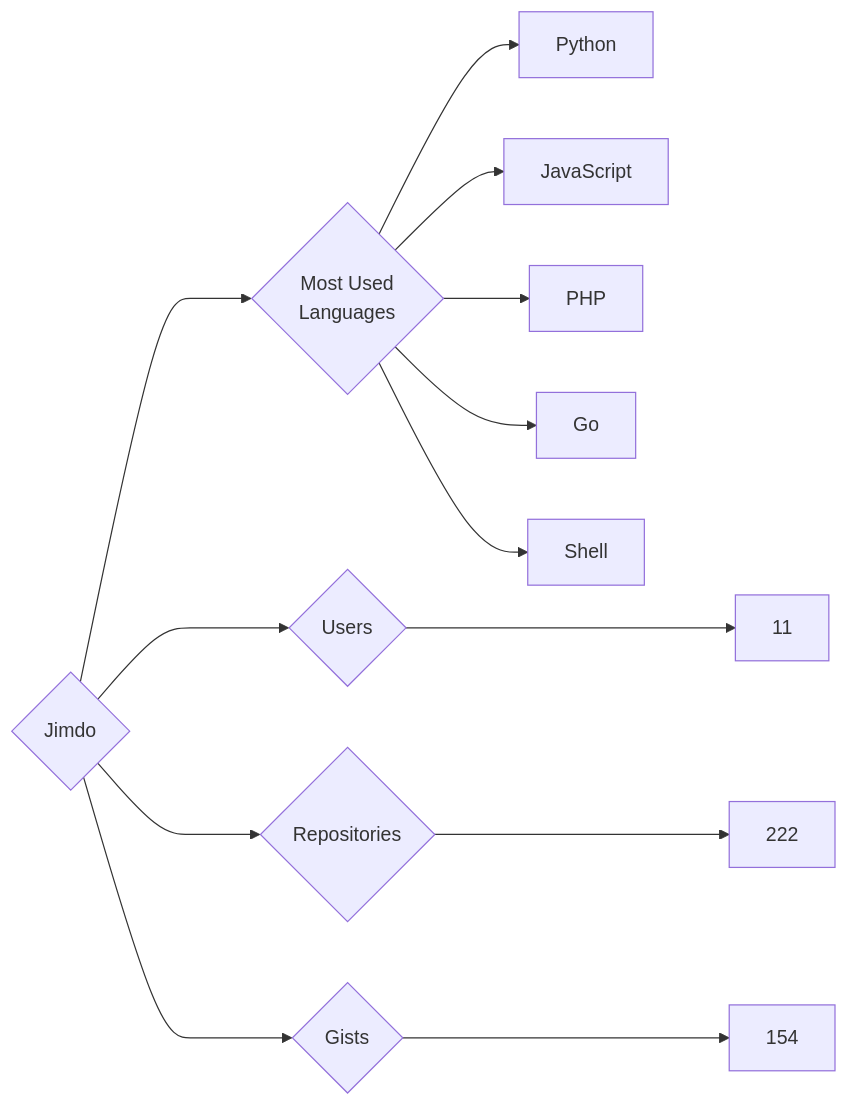
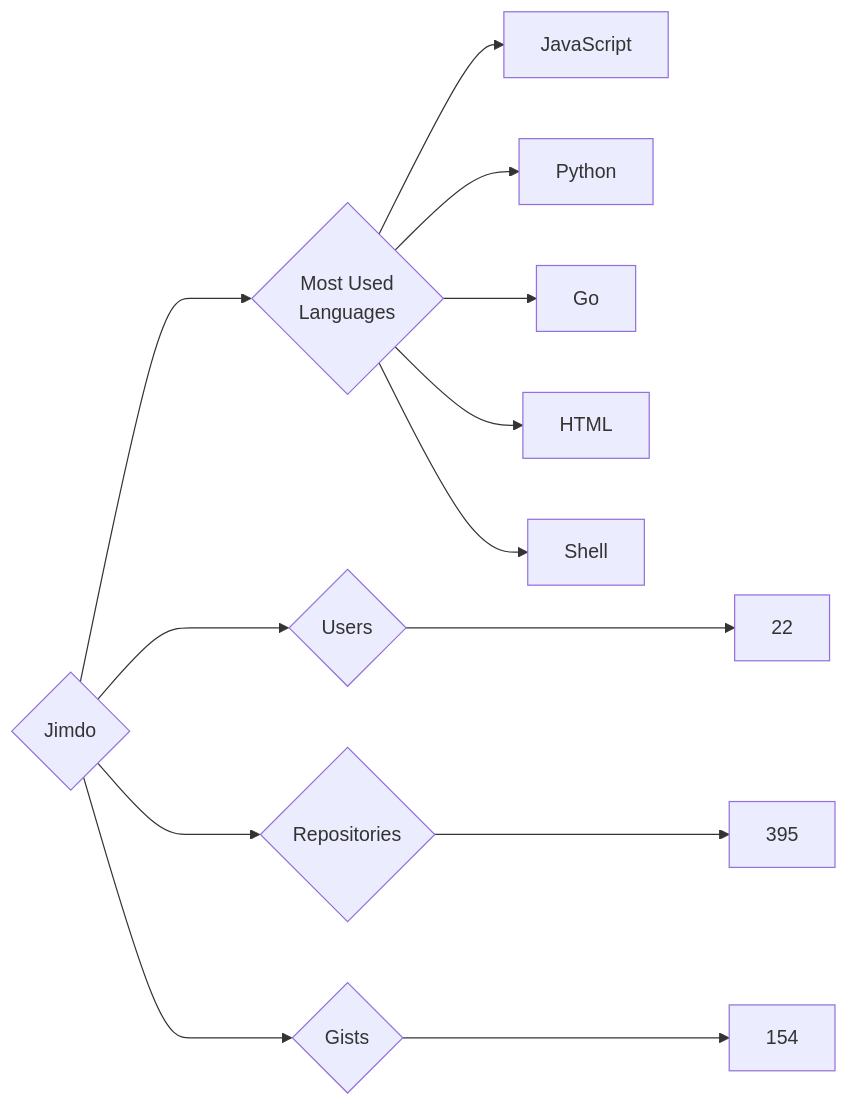
Before and after one commit to trickest/insiders: the diagram in targets/Jimdo/README.md, drawn with Mermaid. The commit also changed 682 other files, not shown here.

````diff
--- a/targets/Jimdo/README.md
+++ b/targets/Jimdo/README.md
@@ -3,13 +3,13 @@
 ```mermaid
 graph LR
 COMPANY_NAME{Jimdo}
-COMPANY_NAME ---> U{Users} ---> UN[11]
-COMPANY_NAME ---> R{Repositories} ---> RN[222]
+COMPANY_NAME ---> U{Users} ---> UN[22]
+COMPANY_NAME ---> R{Repositories} ---> RN[395]
 COMPANY_NAME ---> G{Gists} ---> GN[154]
 COMPANY_NAME ---> ML{Most Used<br>Languages}
+ML --> JavaScript[JavaScript]
 ML --> Python[Python]
-ML --> JavaScript[JavaScript]
-ML --> PHP[PHP]
 ML --> Go[Go]
+ML --> HTML[HTML]
 ML --> Shell[Shell]
 ```
````
